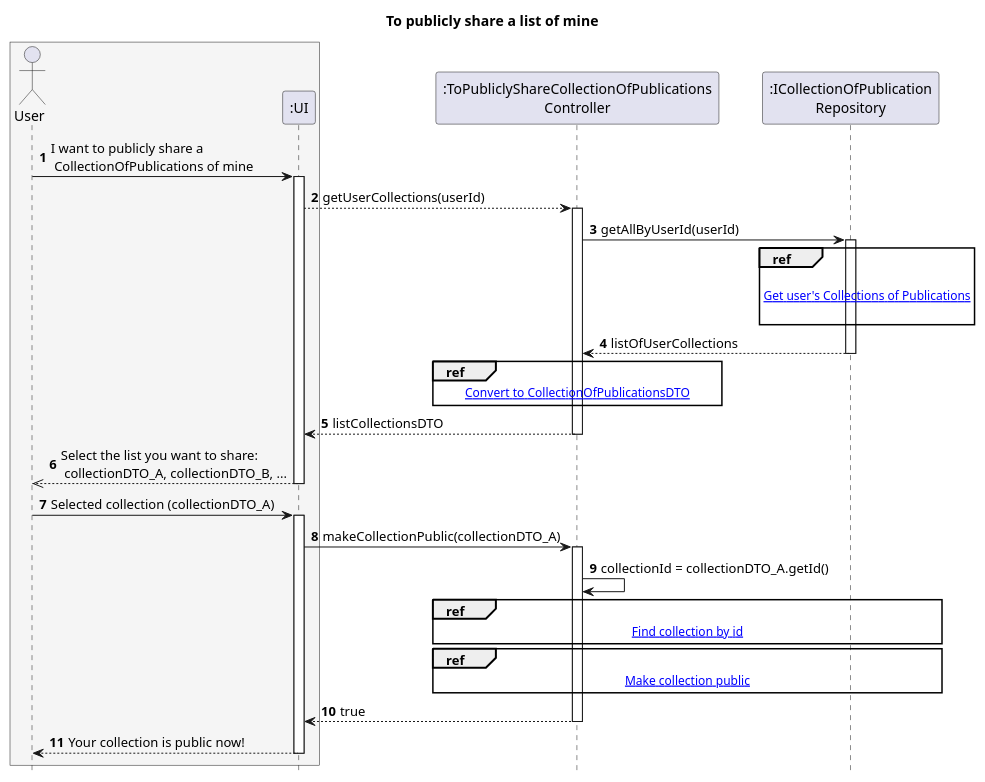
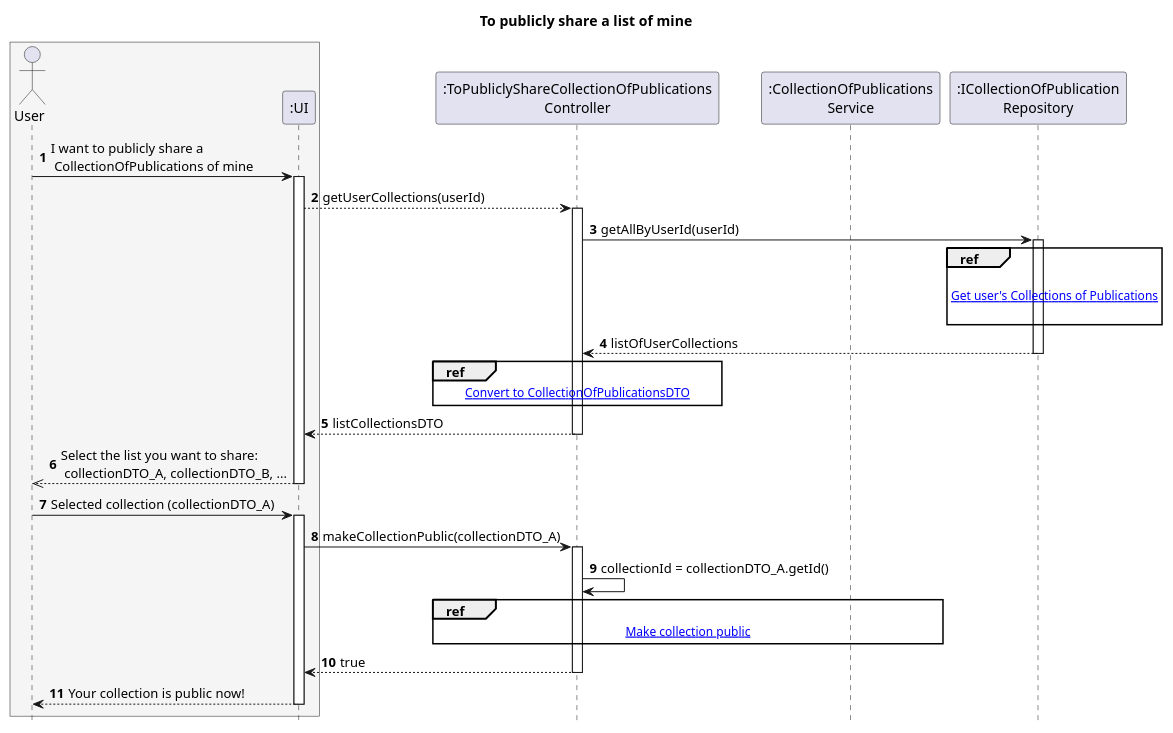
The diagram in Diagrams/SequenceDiagrams/N2/To-publicly-share-collection-of-publications/Main-diagram-To-publicly-share-a-list.puml (AndrePereiraGitH/SWitCH-Project-Team_A), drawn with PlantUML before and after one commit. The commit also changed 2 other files, not shown here.

Commit message:
docs #770: update Sequence diagrams, makePublic method in Service

```diff
--- a/Diagrams/SequenceDiagrams/N2/To-publicly-share-collection-of-publications/Main-diagram-To-publicly-share-a-list.puml
+++ b/Diagrams/SequenceDiagrams/N2/To-publicly-share-collection-of-publications/Main-diagram-To-publicly-share-a-list.puml
@@ -1,83 +1,86 @@
 @startuml
 
 hide footbox
 autonumber
 
 title To publicly share a list of mine
 
 box #WhiteSmoke
 actor User
 participant ":UI" as UI
 end box
 
 participant ":ToPubliclyShareCollectionOfPublications\nController" as Controller
+
+participant ":CollectionOfPublications\nService" as service
+
 participant ":ICollectionOfPublication\nRepository" as CollectionRepository
 
 
 
 
 
 
 
 
 
 ' == Section 1 - get user colllections ==
 
 User -> UI : I want to publicly share a \n CollectionOfPublications of mine
 activate UI
 UI --> Controller: getUserCollections(userId)
 
 activate Controller
 
 Controller -> CollectionRepository: getAllByUserId(userId)
 activate CollectionRepository
 
 ref over CollectionRepository
 
 [[2.Get-user-collections.puml Get user's Collections of Publications]]
 
 end ref
 
 CollectionRepository --> Controller: listOfUserCollections
 deactivate CollectionRepository
 
 ref over Controller
 [[3.Convert-to-dto.puml Convert to CollectionOfPublicationsDTO]]
 end ref
 
 
 
 Controller --> UI : listCollectionsDTO
 deactivate Controller
 
 
 
 
 
 UI -->> User : Select the list you want to share:\n collectionDTO_A, collectionDTO_B, ...
 deactivate UI
 
 ' == Section 2 - Make collection public ==
 User -> UI : Selected collection (collectionDTO_A)
 activate UI
 UI -> Controller : makeCollectionPublic(collectionDTO_A)
 
 activate Controller
 
 Controller -> Controller : collectionId = collectionDTO_A.getId()
 
-ref over Controller, CollectionRepository
-[[4.Find-collection-by-id.puml Find collection by id]]
-end ref
+'ref over Controller, service
+'[[4.Find-collection-by-id.puml Find collection by id]]
+'end ref
 
-ref over Controller, CollectionRepository
+ref over Controller, service
 [[5.Make-collection-public.puml Make collection public]]
 end ref
 
 Controller --> UI : true
 deactivate Controller
 
 UI --> User: Your collection is public now!
 deactivate UI
 
 @enduml
```
